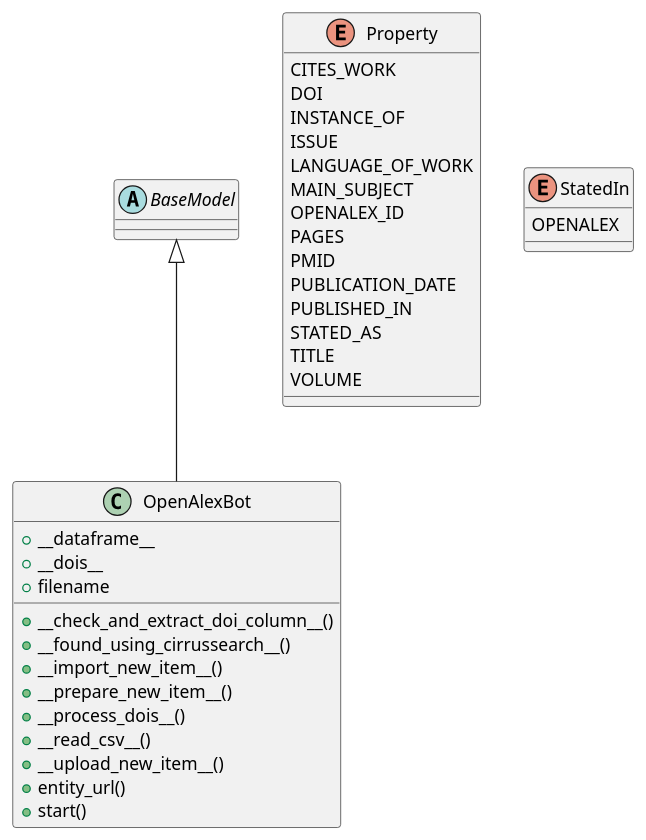
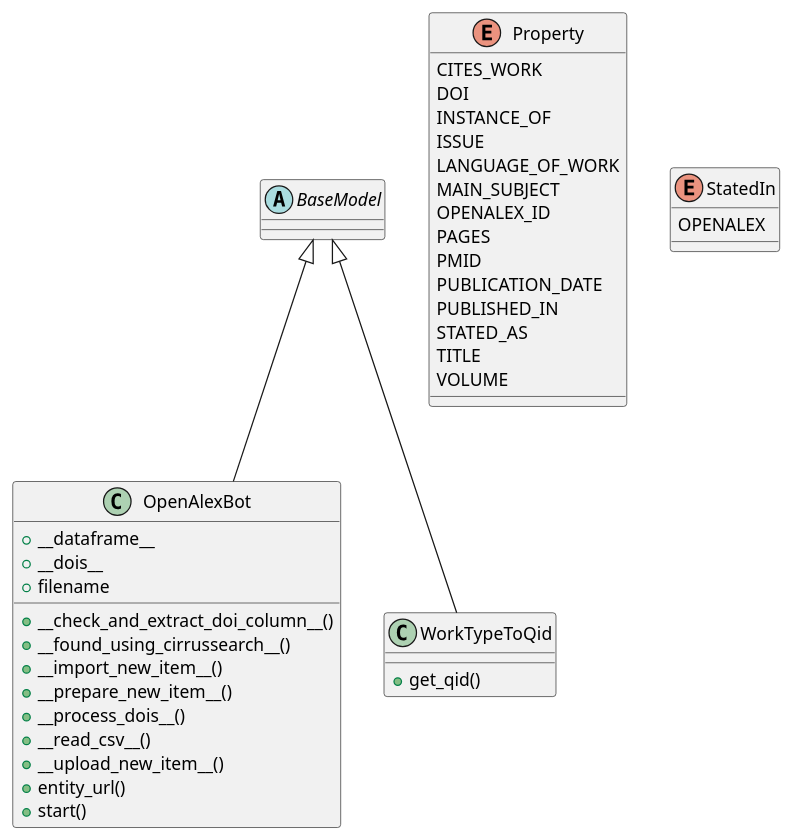
One commit to dpriskorn/OpenAlexBot changed the diagram in diagrams/classes.puml. Above: the diagram before and after it, drawn with PlantUML.

```diff
--- a/diagrams/classes.puml
+++ b/diagrams/classes.puml
@@ -1,43 +1,48 @@
 @startuml
 'https://plantuml.com/class-diagram
 
 abstract class BaseModel
 
 BaseModel <|-- OpenAlexBot
+BaseModel <|-- WorkTypeToQid
 
 class OpenAlexBot {
 +__dataframe__
 +__dois__
 +filename
 +__check_and_extract_doi_column__()
 +__found_using_cirrussearch__()
 +__import_new_item__()
 +__prepare_new_item__()
 +__process_dois__()
 +__read_csv__()
 +__upload_new_item__()
 +entity_url()
 +start()
+}
+
+class WorkTypeToQid{
++get_qid()
 }
 
 enum Property {
 CITES_WORK
 DOI
 INSTANCE_OF
 ISSUE
 LANGUAGE_OF_WORK
 MAIN_SUBJECT
 OPENALEX_ID
 PAGES
 PMID
 PUBLICATION_DATE
 PUBLISHED_IN
 STATED_AS
 TITLE
 VOLUME
 }
 
 enum StatedIn{
 OPENALEX
 }
 @enduml
```
